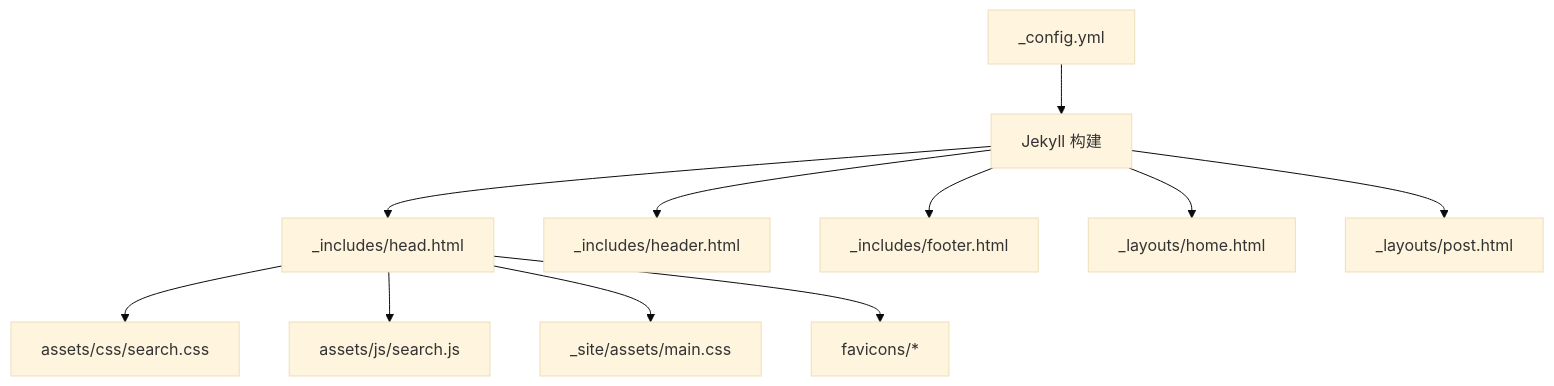
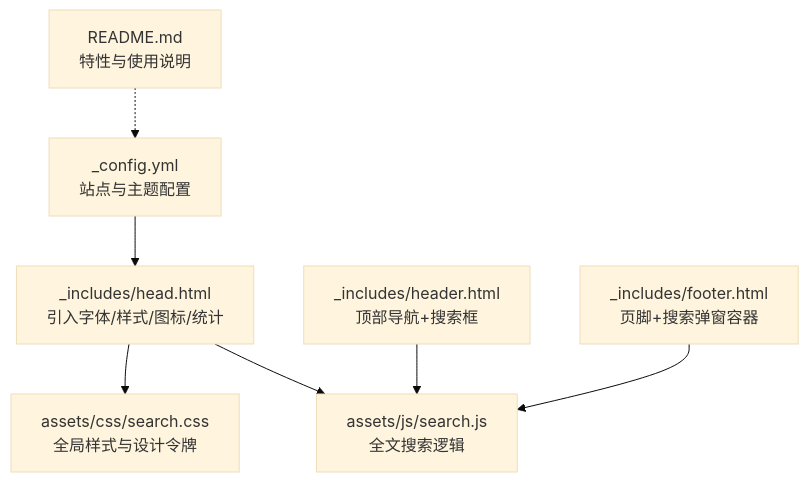
Before and after one commit to LZC6244/lzc6244.github.io: the first of 4 diagrams in .qoder/repowiki/zh/content/主题定制/主题定制.md, drawn with Mermaid (base theme). The commit also changed other lines of this file and 104 other files, not shown here.

````diff
--- a/.qoder/repowiki/zh/content/主题定制/主题定制.md
+++ b/.qoder/repowiki/zh/content/主题定制/主题定制.md
@@ -47,13 +44,9 @@
 ```mermaid
 graph TB
-A["_config.yml"] --> B["Jekyll 构建"]
-B --> C["_includes/head.html"]
-B --> D["_includes/header.html"]
-B --> E["_includes/footer.html"]
-B --> F["_layouts/home.html"]
-B --> G["_layouts/post.html"]
-C --> H["assets/css/search.css"]
-C --> I["assets/js/search.js"]
-C --> J["_site/assets/main.css"]
-C --> K["favicons/*"]
+A["_config.yml<br/>站点与主题配置"] --> B["_includes/head.html<br/>引入字体/样式/图标/统计"]
+B --> C["assets/css/search.css<br/>全局样式与设计令牌"]
+B --> D["assets/js/search.js<br/>全文搜索逻辑"]
+E["_includes/header.html<br/>顶部导航+搜索框"] --> D
+F["_includes/footer.html<br/>页脚+搜索弹窗容器"] --> D
+G["README.md<br/>特性与使用说明"] -.-> A
 ```
````
